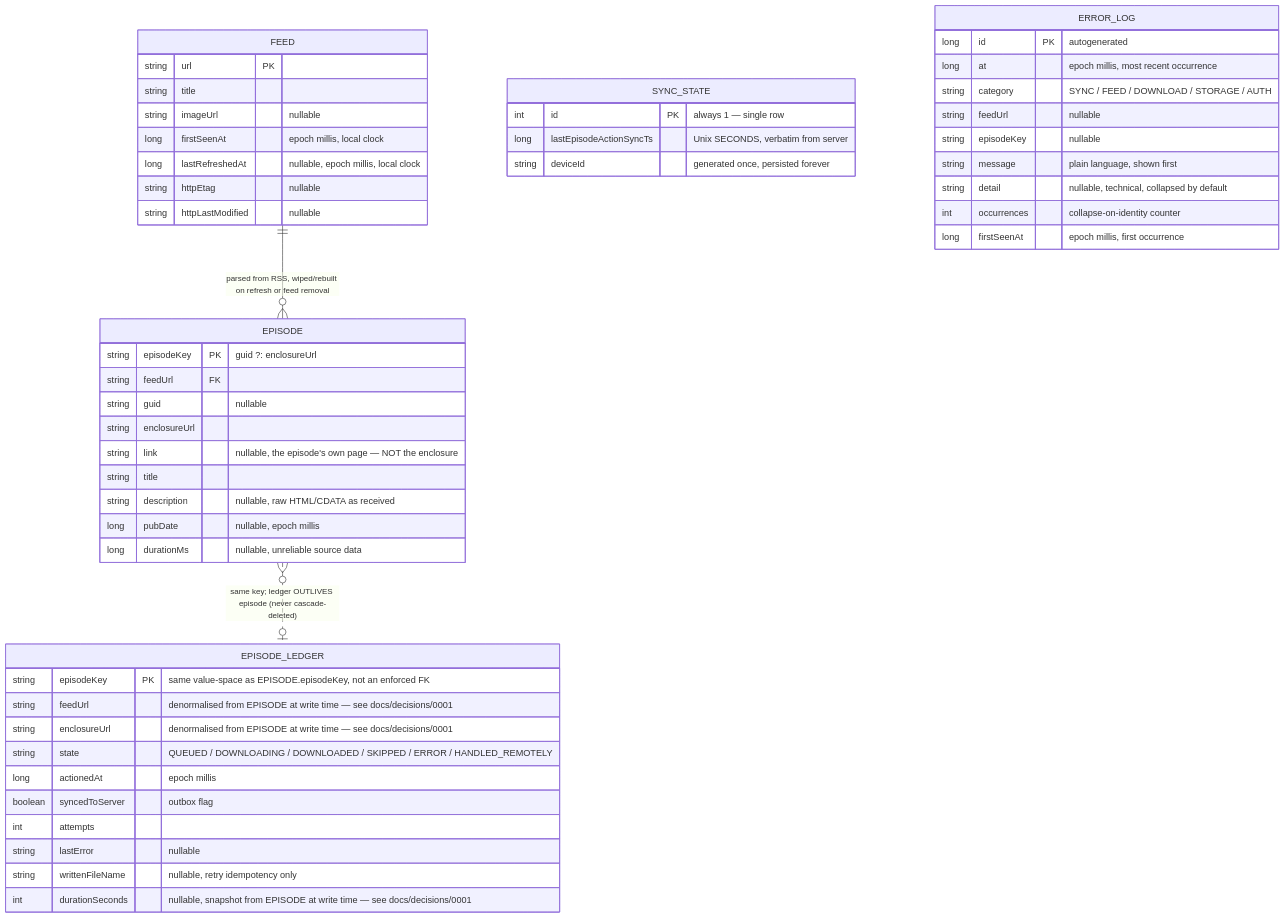
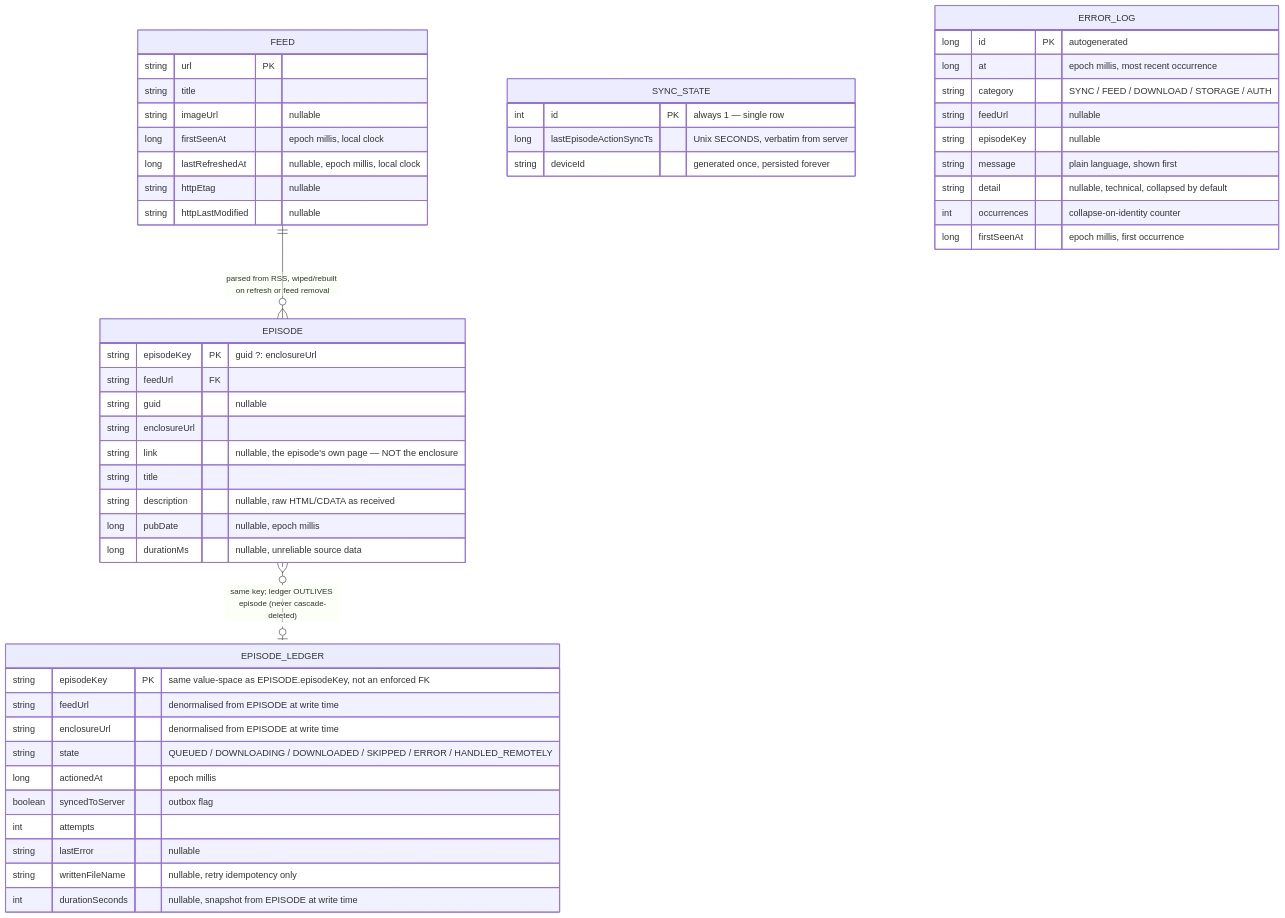
The fourth of 13 diagrams in docs/architecture.md (drehtuer/podsilo), drawn with Mermaid before and after one commit. The commit also changed other lines of this file and 136 other files, not shown here.

````diff
--- a/docs/architecture.md
+++ b/docs/architecture.md
@@ -187,54 +187,54 @@
 ```mermaid
 erDiagram
     FEED {
         string url PK
         string title
         string imageUrl "nullable"
         long firstSeenAt "epoch millis, local clock"
         long lastRefreshedAt "nullable, epoch millis, local clock"
         string httpEtag "nullable"
         string httpLastModified "nullable"
     }
     EPISODE {
         string episodeKey PK "guid ?: enclosureUrl"
         string feedUrl FK
         string guid "nullable"
         string enclosureUrl
         string link "nullable, the episode's own page — NOT the enclosure"
         string title
         string description "nullable, raw HTML/CDATA as received"
         long pubDate "nullable, epoch millis"
         long durationMs "nullable, unreliable source data"
     }
     EPISODE_LEDGER {
         string episodeKey PK "same value-space as EPISODE.episodeKey, not an enforced FK"
-        string feedUrl "denormalised from EPISODE at write time — see docs/decisions/0001"
-        string enclosureUrl "denormalised from EPISODE at write time — see docs/decisions/0001"
+        string feedUrl "denormalised from EPISODE at write time"
+        string enclosureUrl "denormalised from EPISODE at write time"
         string state "QUEUED / DOWNLOADING / DOWNLOADED / SKIPPED / ERROR / HANDLED_REMOTELY"
         long actionedAt "epoch millis"
         boolean syncedToServer "outbox flag"
         int attempts
         string lastError "nullable"
         string writtenFileName "nullable, retry idempotency only"
-        int durationSeconds "nullable, snapshot from EPISODE at write time — see docs/decisions/0001"
+        int durationSeconds "nullable, snapshot from EPISODE at write time"
     }
     SYNC_STATE {
         int id PK "always 1 — single row"
         long lastEpisodeActionSyncTs "Unix SECONDS, verbatim from server"
         string deviceId "generated once, persisted forever"
     }
     ERROR_LOG {
         long id PK "autogenerated"
         long at "epoch millis, most recent occurrence"
         string category "SYNC / FEED / DOWNLOAD / STORAGE / AUTH"
         string feedUrl "nullable"
         string episodeKey "nullable"
         string message "plain language, shown first"
         string detail "nullable, technical, collapsed by default"
         int occurrences "collapse-on-identity counter"
         long firstSeenAt "epoch millis, first occurrence"
     }
 
     FEED ||--o{ EPISODE : "parsed from RSS, wiped/rebuilt on refresh or feed removal"
     EPISODE }o..o| EPISODE_LEDGER : "same key; ledger OUTLIVES episode (never cascade-deleted)"
 ```
````
